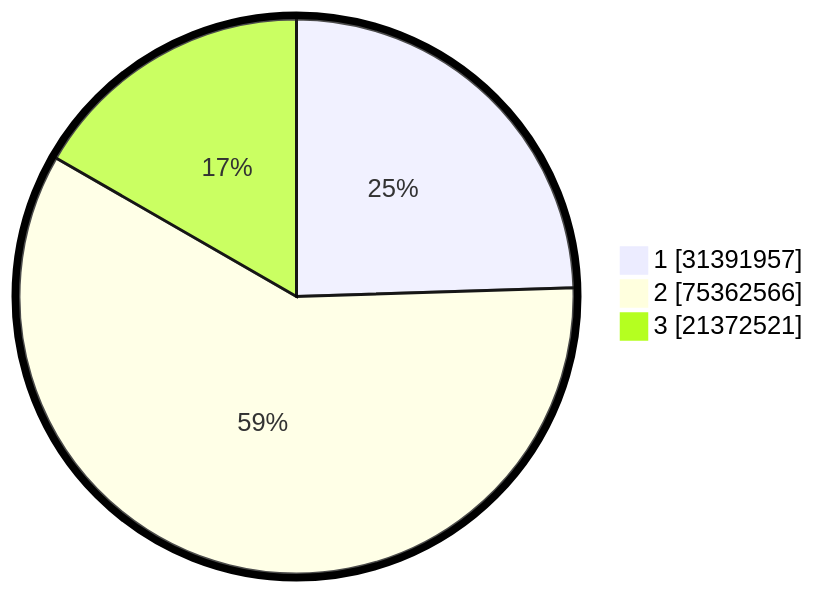
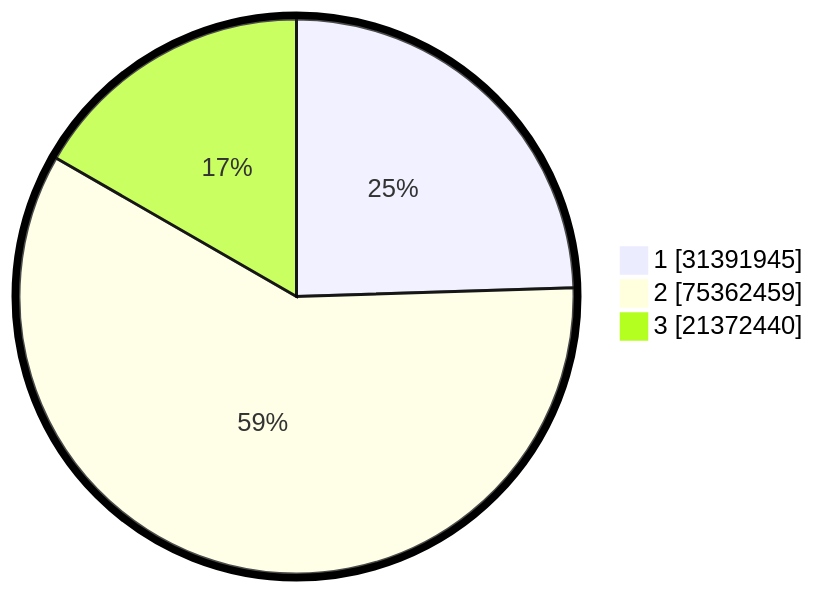
The second of 2 diagrams in pilpres/hitung-suara/README.md (gigit-pemilu/pemilu-2024), drawn with Mermaid before and after one commit. The commit also changed other lines of this file and 4 other files, not shown here.

````diff
--- a/pilpres/hitung-suara/README.md
+++ b/pilpres/hitung-suara/README.md
@@ -93,7 +93,7 @@
 ```mermaid
 %%{init: {"pie": {"textPosition": 0.5}, "themeVariables": {"pieOuterStrokeWidth": "5px"}} }%%
 pie showData
-    "1" : 31391957
-    "2" : 75362566
-    "3" : 21372521
+    "1" : 31391945
+    "2" : 75362459
+    "3" : 21372440
 ```
````
